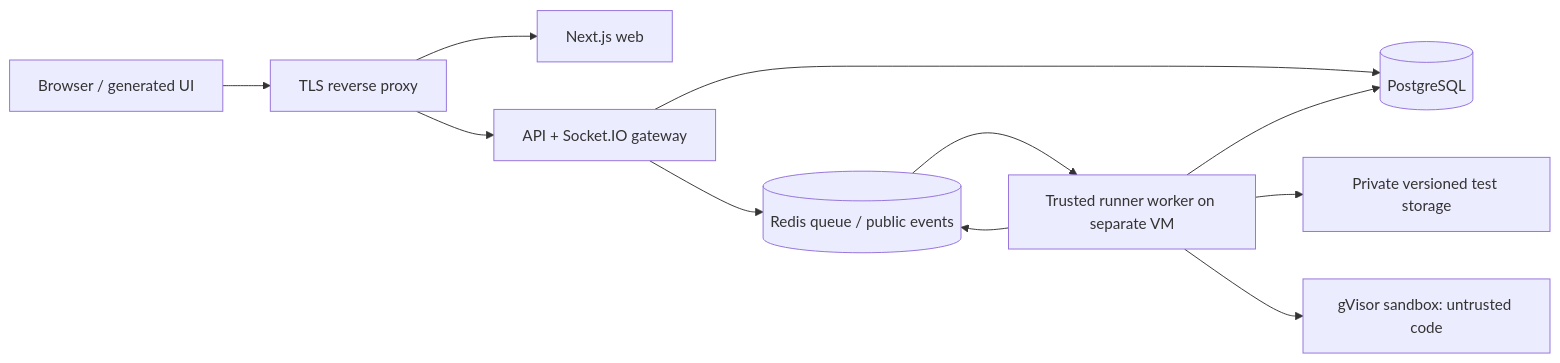
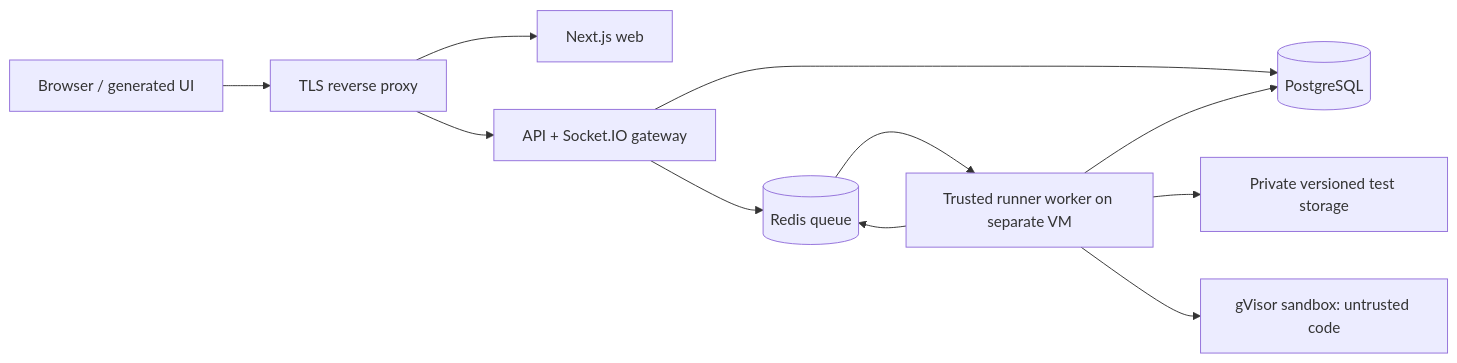
The diagram in docs/ARCHITECTURE_AND_DEPLOYMENT.md (Hamza-El-Azzouzi/ArenaCore), drawn with Mermaid before and after one commit. The commit also changed other lines of this file and 21 other files, not shown here.

````diff
--- a/docs/ARCHITECTURE_AND_DEPLOYMENT.md
+++ b/docs/ARCHITECTURE_AND_DEPLOYMENT.md
@@ -31,13 +31,13 @@
 ```mermaid
 flowchart LR
   B[Browser / generated UI] --> E[TLS reverse proxy]
   E --> W[Next.js web]
   E --> A[API + Socket.IO gateway]
   A --> P[(PostgreSQL)]
-  A --> R[(Redis queue / public events)]
+  A --> R[(Redis queue)]
   R --> J[Trusted runner worker on separate VM]
   J --> T[Private versioned test storage]
   J --> S[gVisor sandbox: untrusted code]
   J --> P
   J --> R
 ```
````
